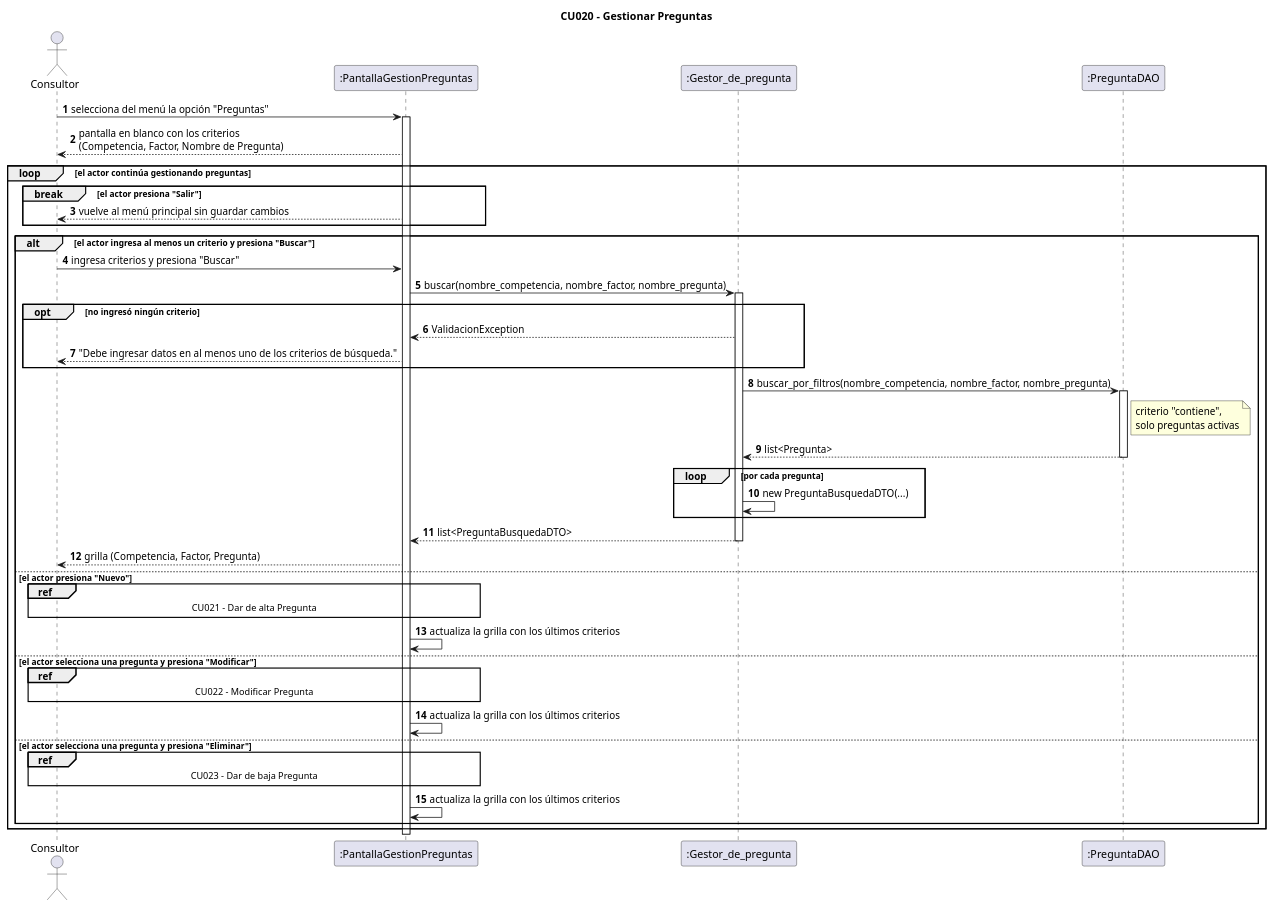
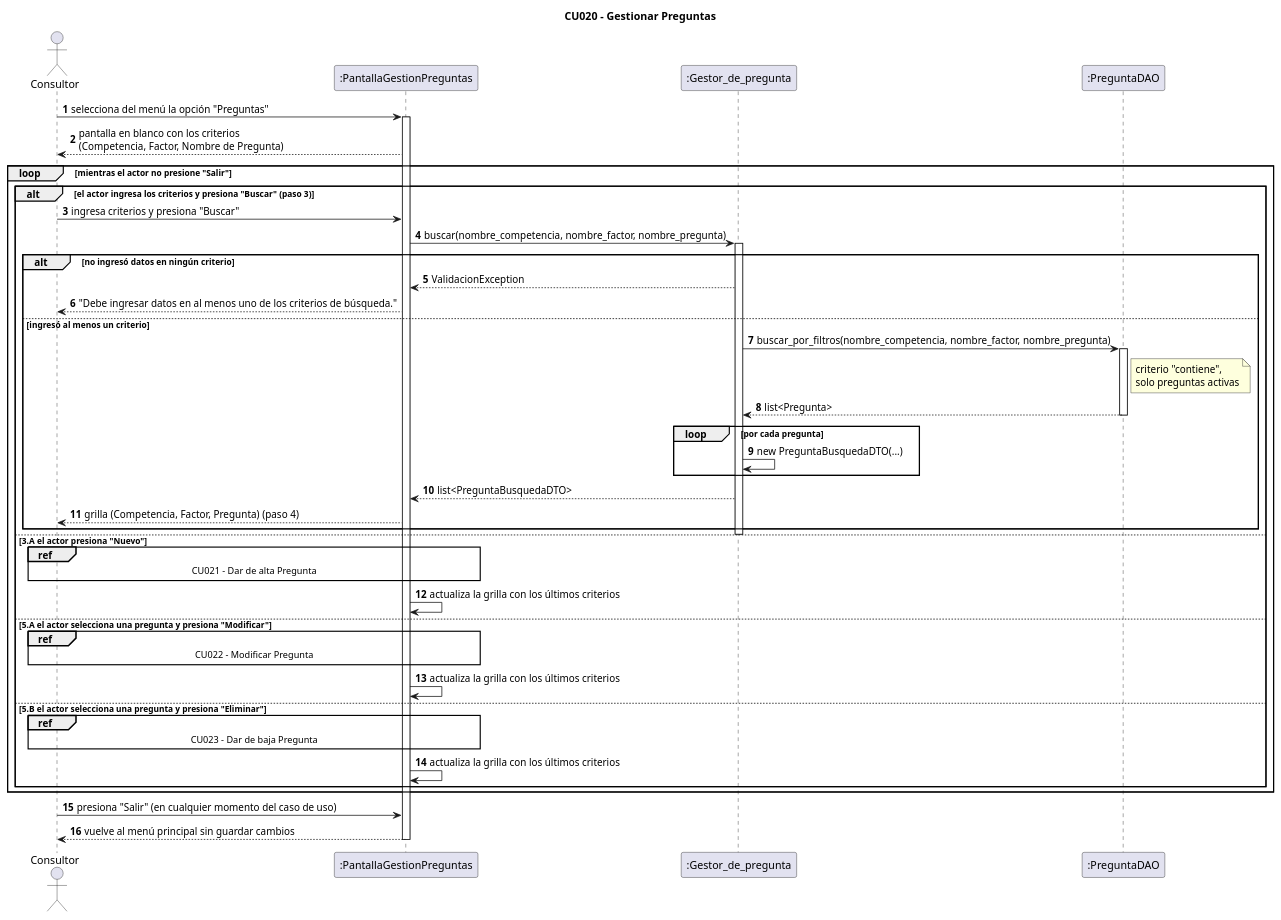
Before and after one commit to megm05/TP-DESO---DISIS: the diagram in rrhh/documentacion/diagramas/secuencia-cu020.puml, drawn with PlantUML. The commit also changed 20 other files, not shown here.

```diff
--- a/rrhh/documentacion/diagramas/secuencia-cu020.puml
+++ b/rrhh/documentacion/diagramas/secuencia-cu020.puml
@@ -1,57 +1,56 @@
 @startuml secuencia-cu020
 title CU020 - Gestionar Preguntas
 skinparam shadowing false
 skinparam sequenceMessageAlign left
 skinparam responseMessageBelowArrow true
 autonumber
 
 actor Consultor
 participant ":PantallaGestionPreguntas" as PT
 participant ":Gestor_de_pregunta" as GP
 participant ":PreguntaDAO" as PDAO
 
 Consultor -> PT : selecciona del menú la opción "Preguntas"
 activate PT
 PT --> Consultor : pantalla en blanco con los criterios\n(Competencia, Factor, Nombre de Pregunta)
 
-loop el actor continúa gestionando preguntas
-  break el actor presiona "Salir"
-    PT --> Consultor : vuelve al menú principal sin guardar cambios
-  end
-
-  alt el actor ingresa al menos un criterio y presiona "Buscar"
+loop mientras el actor no presione "Salir"
+  alt el actor ingresa los criterios y presiona "Buscar" (paso 3)
     Consultor -> PT : ingresa criterios y presiona "Buscar"
     PT -> GP : buscar(nombre_competencia, nombre_factor, nombre_pregunta)
     activate GP
-    opt no ingresó ningún criterio
+    alt no ingresó datos en ningún criterio
       GP --> PT : ValidacionException
       PT --> Consultor : "Debe ingresar datos en al menos uno de los criterios de búsqueda."
+    else ingresó al menos un criterio
+      GP -> PDAO : buscar_por_filtros(nombre_competencia, nombre_factor, nombre_pregunta)
+      activate PDAO
+      note right of PDAO : criterio "contiene",\nsolo preguntas activas
+      PDAO --> GP : list<Pregunta>
+      deactivate PDAO
+      loop por cada pregunta
+        GP -> GP : new PreguntaBusquedaDTO(...)
+      end
+      GP --> PT : list<PreguntaBusquedaDTO>
+      PT --> Consultor : grilla (Competencia, Factor, Pregunta) (paso 4)
     end
-    GP -> PDAO : buscar_por_filtros(nombre_competencia, nombre_factor, nombre_pregunta)
-    activate PDAO
-    note right of PDAO : criterio "contiene",\nsolo preguntas activas
-    PDAO --> GP : list<Pregunta>
-    deactivate PDAO
-    loop por cada pregunta
-      GP -> GP : new PreguntaBusquedaDTO(...)
-    end
-    GP --> PT : list<PreguntaBusquedaDTO>
     deactivate GP
-    PT --> Consultor : grilla (Competencia, Factor, Pregunta)
 
-  else el actor presiona "Nuevo"
+  else 3.A el actor presiona "Nuevo"
     ref over Consultor, PT : CU021 - Dar de alta Pregunta
     PT -> PT : actualiza la grilla con los últimos criterios
 
-  else el actor selecciona una pregunta y presiona "Modificar"
+  else 5.A el actor selecciona una pregunta y presiona "Modificar"
     ref over Consultor, PT : CU022 - Modificar Pregunta
     PT -> PT : actualiza la grilla con los últimos criterios
 
-  else el actor selecciona una pregunta y presiona "Eliminar"
+  else 5.B el actor selecciona una pregunta y presiona "Eliminar"
     ref over Consultor, PT : CU023 - Dar de baja Pregunta
     PT -> PT : actualiza la grilla con los últimos criterios
   end
+end
 
-end
+Consultor -> PT : presiona "Salir" (en cualquier momento del caso de uso)
+PT --> Consultor : vuelve al menú principal sin guardar cambios
 deactivate PT
 @enduml
```
